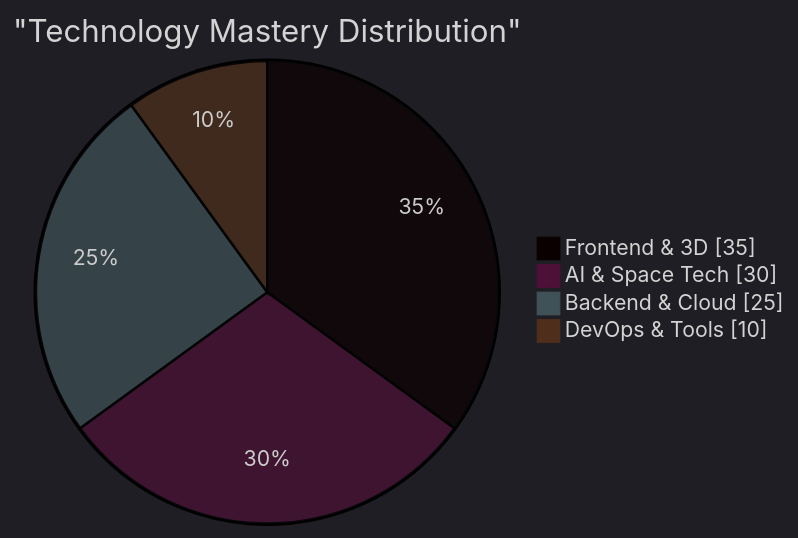
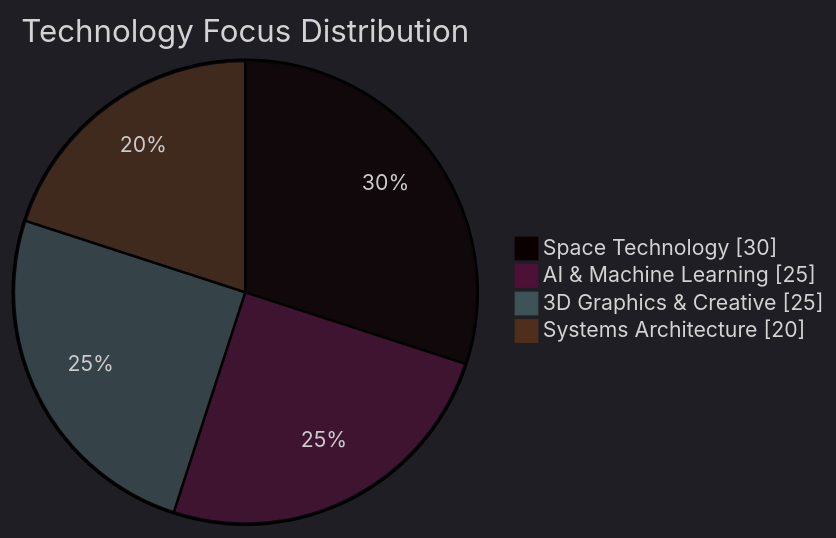
The fourth of 4 diagrams in README.md (KhamessiTaha/KhamessiTaha), drawn with Mermaid before and after one commit. The commit also changed other lines of this file, not shown here.

````diff
--- a/README.md
+++ b/README.md
@@ -227,9 +140,9 @@
 ```mermaid
 %%{init: {'theme': 'dark', 'themeVariables': { 'fontSize': '16px'}}}%%
 pie showData
-    title "Technology Mastery Distribution"
-    "Frontend & 3D" : 35
-    "AI & Space Tech" : 30
-    "Backend & Cloud" : 25
-    "DevOps & Tools" : 10
+    title Technology Focus Distribution
+    "Space Technology" : 30
+    "AI & Machine Learning" : 25
+    "3D Graphics & Creative" : 25
+    "Systems Architecture" : 20
 ```
````
